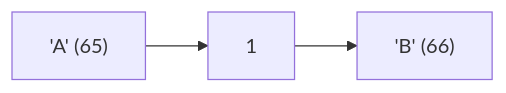
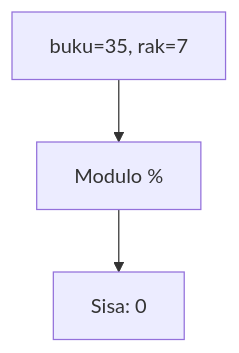
One commit to amnahwaida/OSNK_INF_PREP changed diagram 14 of 25 in part-c-pemahaman-cpp/01-tipe-data/latihan/set-09.md. Above: the diagram before and after it, drawn with Mermaid. The commit also changed other lines of this file and 71 other files, not shown here.

````diff
--- a/part-c-pemahaman-cpp/01-tipe-data/latihan/set-09.md
+++ b/part-c-pemahaman-cpp/01-tipe-data/latihan/set-09.md
@@ -376,5 +395,5 @@
 ```mermaid
-graph LR
-A["'A' (65)"] --> B["1"]
-B --> C["'B' (66)"]
+graph TD
+A["buku=35, rak=7"] --> B["Modulo %"]
+B --> C["Sisa: 0"]
 ```
````
